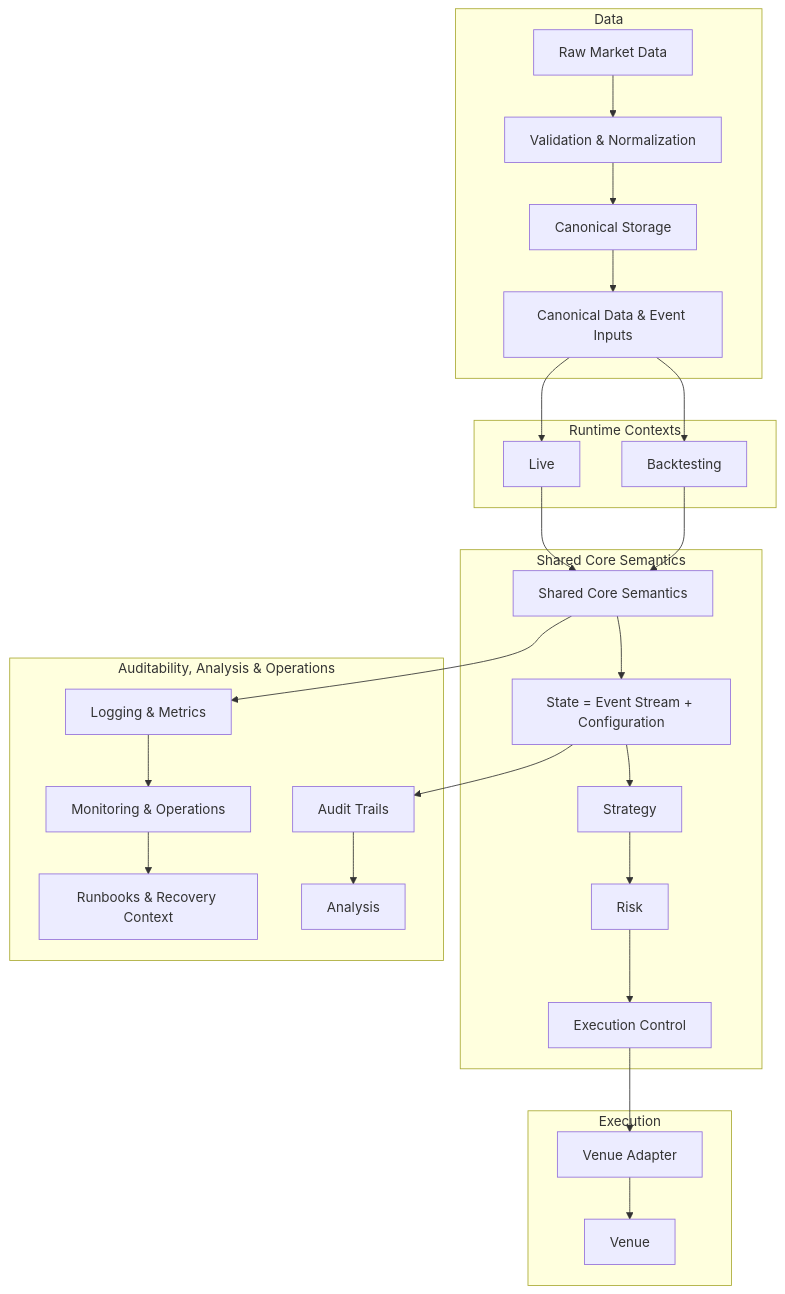
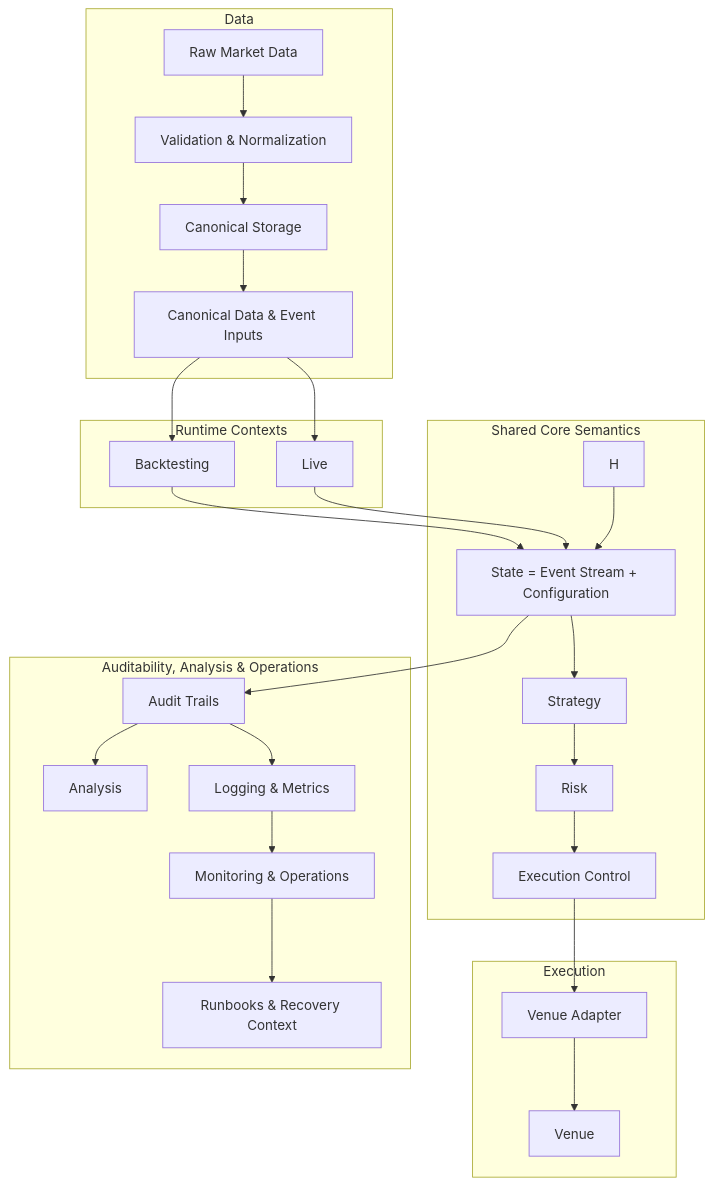
Before and after one commit to TradingChassis/.github: the diagram in profile/README.md, drawn with Mermaid. The commit also changed other lines of this file, not shown here.

````diff
--- a/profile/README.md
+++ b/profile/README.md
@@ -73,36 +68,36 @@
 ```mermaid
 flowchart TD
     subgraph Data[Data]
         A[Raw Market Data] --> B[Validation & Normalization]
         B --> C[Canonical Storage]
         C --> D[Canonical Data & Event Inputs]
     end
 
     subgraph Runtime[Runtime Contexts]
         D --> F[Backtesting]
         D --> G[Live]
     end
 
     subgraph Core[Shared Core Semantics]
-        F --> H[Shared Core Semantics]
-        G --> H
+        F --> I
+        G --> I
 
         H --> I[State = Event Stream + Configuration]
         I --> K[Strategy]
         K --> M[Risk]
         M --> N[Execution Control]
     end
 
     subgraph Execution[Execution]
         N --> O[Venue Adapter]
         O --> P[Venue]
     end
 
     subgraph Observability[Auditability, Analysis & Operations]
         I --> Q[Audit Trails]
         Q --> R[Analysis]
-        H --> S[Logging & Metrics]
+        Q --> S[Logging & Metrics]
         S --> T[Monitoring & Operations]
         T --> U[Runbooks & Recovery Context]
     end
 ```
````
